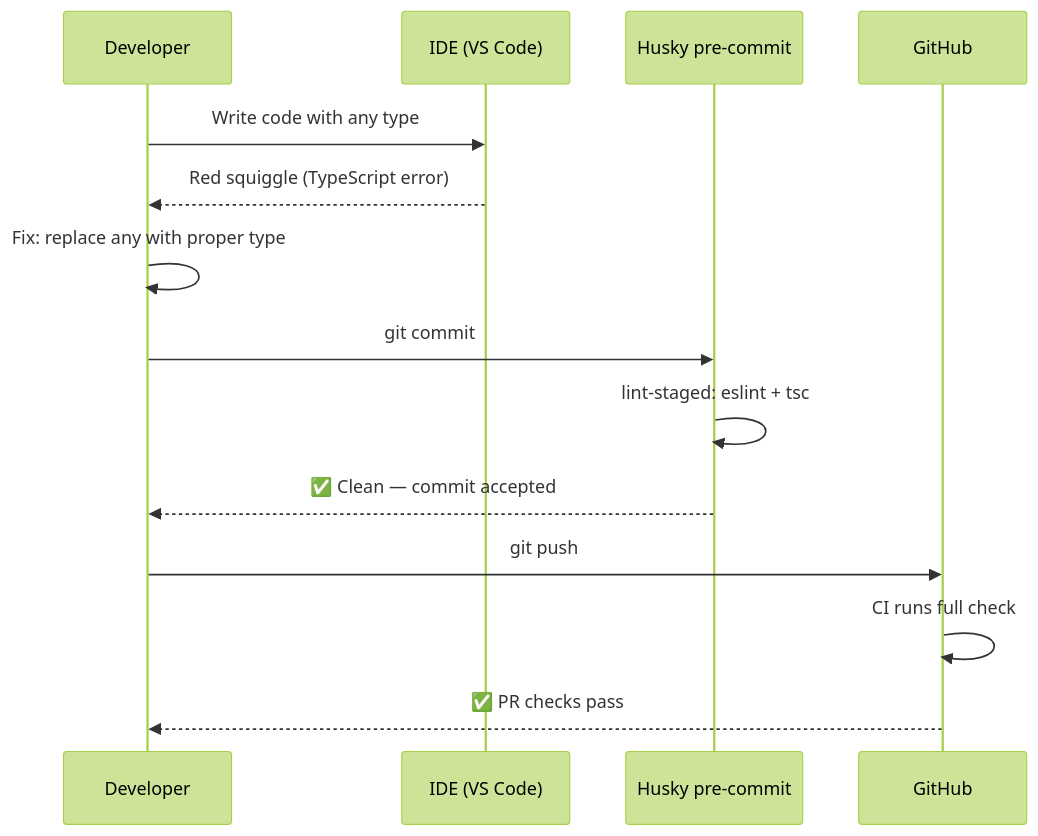
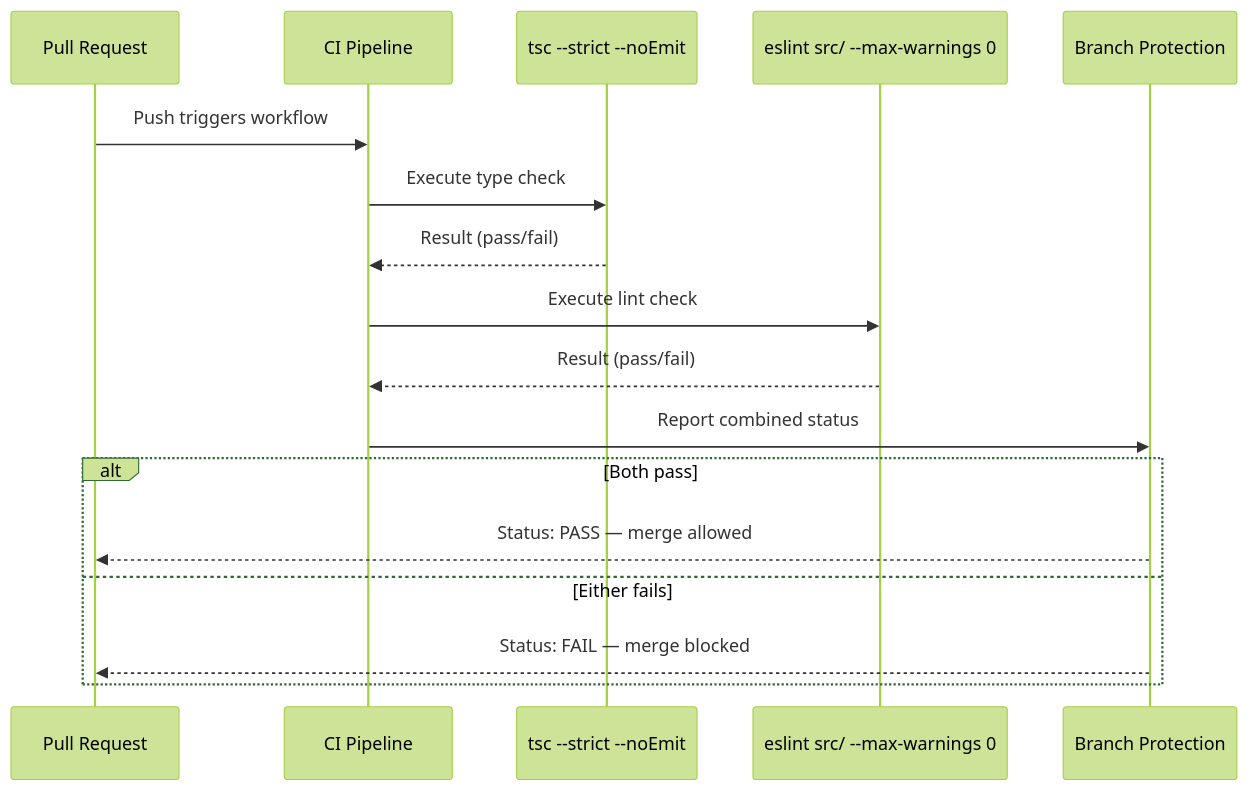
The fourth of 4 diagrams in docs/features/NFR-MAINT-002/LOW_LEVEL_DESIGN.md (sreenivasmrpivot/legobuilder), drawn with Mermaid (forest theme) before and after one commit. The commit also changed other lines of this file, not shown here.

First line of the commit message:
docs: LLD for NFR-MAINT-002 — Enforce 100% TypeScript strict mode with zero any types in production code

````diff
--- a/docs/features/NFR-MAINT-002/LOW_LEVEL_DESIGN.md
+++ b/docs/features/NFR-MAINT-002/LOW_LEVEL_DESIGN.md
@@ -635,17 +483,20 @@
 ```mermaid
 sequenceDiagram
-    participant Dev as Developer
-    participant IDE as IDE (VS Code)
-    participant Hook as Husky pre-commit
-    participant Repo as GitHub
+    participant PR as Pull Request
+    participant CI as CI Pipeline
+    participant TSC as tsc --strict --noEmit
+    participant ESL as eslint src/ --max-warnings 0
+    participant Gate as Branch Protection
 
-    Dev->>IDE: Write code with any type
-    IDE-->>Dev: Red squiggle (TypeScript error)
-    Dev->>Dev: Fix: replace any with proper type
-    Dev->>Hook: git commit
-    Hook->>Hook: lint-staged: eslint + tsc
-    Hook-->>Dev: ✅ Clean — commit accepted
-    Dev->>Repo: git push
-    Repo->>Repo: CI runs full check
-    Repo-->>Dev: ✅ PR checks pass
+    PR->>CI: Push triggers workflow
+    CI->>TSC: Execute type check
+    TSC-->>CI: Result (pass/fail)
+    CI->>ESL: Execute lint check
+    ESL-->>CI: Result (pass/fail)
+    CI->>Gate: Report combined status
+    alt Both pass
+        Gate-->>PR: Status: PASS — merge allowed
+    else Either fails
+        Gate-->>PR: Status: FAIL — merge blocked
+    end
 ```
````
